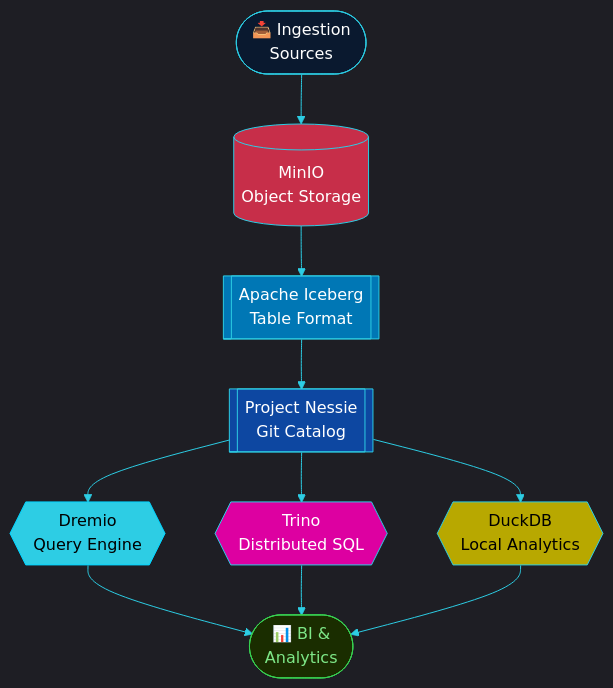
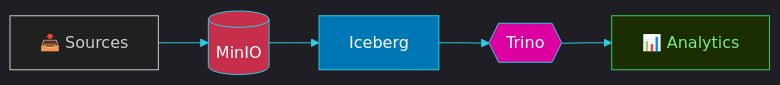
Before and after one commit to shehab-hub-0/shehab-hub-0: the fifth of 5 diagrams in README.md, drawn with Mermaid. The commit also changed other lines of this file, not shown here.

````diff
--- a/README.md
+++ b/README.md
@@ -553,20 +323,13 @@
 ```mermaid
-%%{init:{"theme":"dark","themeVariables":{"lineColor":"#2DCDE4","clusterBkg":"#0a192f","clusterBorder":"#2DCDE4"}}}%%
-flowchart TD
-    A(["📥 Ingestion\nSources"]) --> B[("MinIO\nObject Storage")]
-    B --> C[["Apache Iceberg\nTable Format"]]
-    C --> D[["Project Nessie\nGit Catalog"]]
-    D --> E{{"Dremio\nQuery Engine"}}
-    D --> F{{"Trino\nDistributed SQL"}}
-    D --> G{{"DuckDB\nLocal Analytics"}}
-    E & F & G --> H(["📊 BI &\nAnalytics"])
+%%{init:{"theme":"dark","themeVariables":{"lineColor":"#2DCDE4"}}}%%
+flowchart LR
+    A["📥 Sources"] --> B[("MinIO")]
+    B --> C["Iceberg"]
+    C --> D{{"Trino"}}
+    D --> E["📊 Analytics"]
 
-    style A fill:#0a192f,stroke:#2DCDE4,color:#fff
     style B fill:#C72E49,stroke:#2DCDE4,color:#fff
     style C fill:#0077B5,stroke:#2DCDE4,color:#fff
-    style D fill:#0d47a1,stroke:#2DCDE4,color:#fff
-    style E fill:#2DCDE4,stroke:#00d4ff,color:#000
-    style F fill:#DD00A1,stroke:#2DCDE4,color:#fff
-    style G fill:#b8a800,stroke:#2DCDE4,color:#000
-    style H fill:#1a2d00,stroke:#39d353,color:#7ee787
+    style D fill:#DD00A1,stroke:#2DCDE4,color:#fff
+    style E fill:#1a2d00,stroke:#39d353,color:#7ee787
 ```
````
